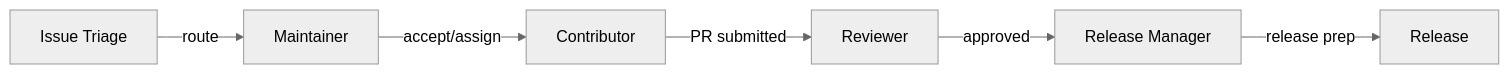
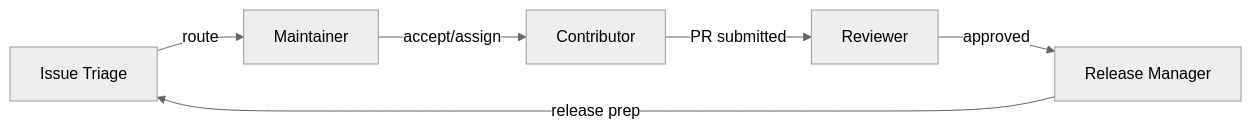
One commit to icylight/pi-tavern changed the fifth of 6 diagrams in README.en.md. Above: the diagram before and after it, drawn with Mermaid (neutral theme). The commit also changed other lines of this file and 1 other file, not shown here.

Commit message:
docs(readme): 三图对齐 Dev 草案——安全审查加安全测试工程师回归验证回流、开源维护发布回流分诊、技术调研加立项节点（中英一致）

````diff
--- a/README.en.md
+++ b/README.en.md
@@ -151,8 +151,8 @@
 ```mermaid
 flowchart LR
-    TRI["Issue Triage"] -->|"route"| MT["Maintainer"]
+    TR["Issue Triage"] -->|"route"| MT["Maintainer"]
     MT -->|"accept/assign"| CT["Contributor"]
-    CT -->|"PR submitted"| RV["Reviewer"]
-    RV -->|"approved"| RM["Release Manager"]
-    RM -->|"release prep"| REL["Release"]
+    CT -->|"PR submitted"| RW["Reviewer"]
+    RW -->|"approved"| RL["Release Manager"]
+    RL -->|"release prep"| TR
 ```
````
